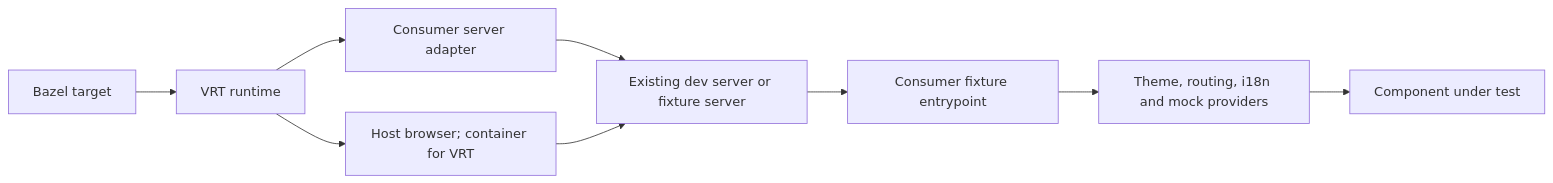
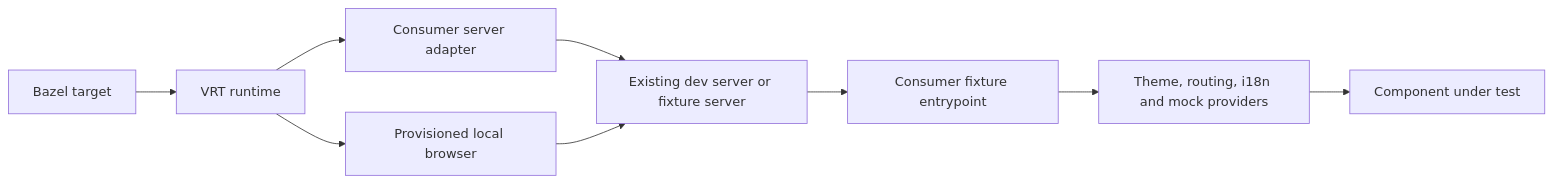
The diagram in docs/customization.md (perplexityai/rules_web_e2e), drawn with Mermaid before and after one commit. The commit also changed other lines of this file and 36 other files, not shown here.

````diff
--- a/docs/customization.md
+++ b/docs/customization.md
@@ -7,11 +7,11 @@
 ```mermaid
 flowchart LR
   Target[Bazel target] --> Runtime[VRT runtime]
   Runtime --> Adapter[Consumer server adapter]
   Adapter --> Server[Existing dev server or fixture server]
-  Runtime --> Browser[Host browser; container for VRT]
+  Runtime --> Browser[Provisioned local browser]
   Browser --> Server
   Server --> Entry[Consumer fixture entrypoint]
   Entry --> Shell[Theme, routing, i18n and mock providers]
   Shell --> Component[Component under test]
 ```
````
